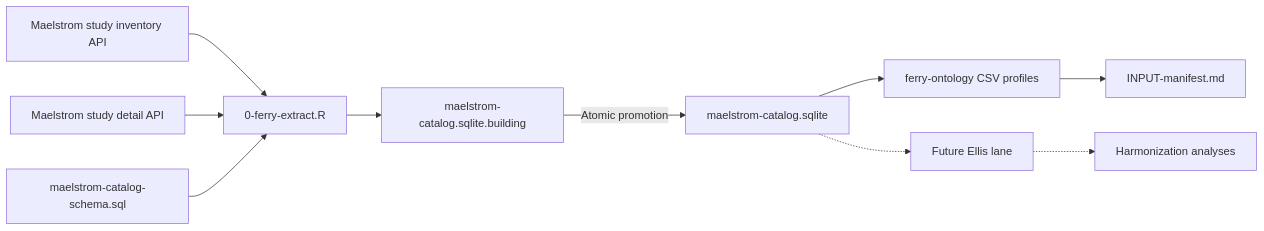
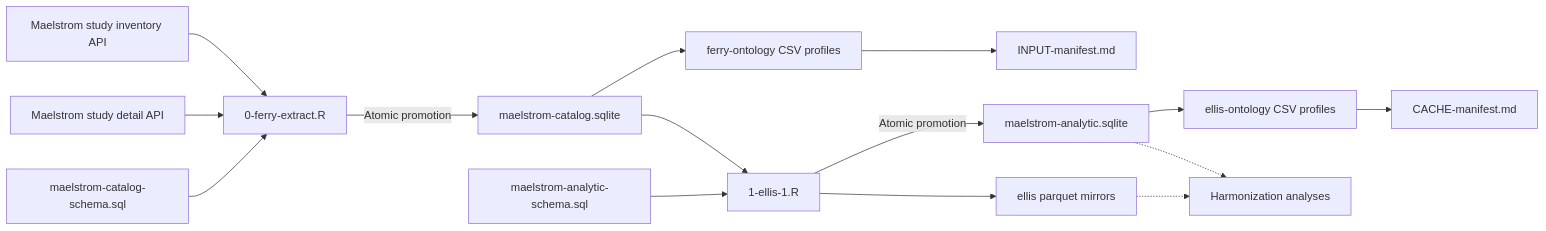
The diagram in manipulation/pipeline.md (RG-FIDES/maelstrom), drawn with Mermaid before and after one commit. The commit also changed other lines of this file and 12 other files, not shown here.

````diff
--- a/manipulation/pipeline.md
+++ b/manipulation/pipeline.md
@@ -12,23 +14,32 @@
 ```mermaid
 flowchart LR
     inventory[Maelstrom study inventory API]
     details[Maelstrom study detail API]
     ferry[0-ferry-extract.R]
-    schema[maelstrom-catalog-schema.sql]
-    build[maelstrom-catalog.sqlite.building]
+    ferrySchema[maelstrom-catalog-schema.sql]
     cache[maelstrom-catalog.sqlite]
-    ontology[ferry-ontology CSV profiles]
-    manifest[INPUT-manifest.md]
-    ellis[Future Ellis lane]
+    ferryOntology[ferry-ontology CSV profiles]
+    inputManifest[INPUT-manifest.md]
+    ellis[1-ellis-1.R]
+    ellisSchema[maelstrom-analytic-schema.sql]
+    analytic[maelstrom-analytic.sqlite]
+    parquet[ellis parquet mirrors]
+    ellisOntology[ellis-ontology CSV profiles]
+    cacheManifest[CACHE-manifest.md]
     analysis[Harmonization analyses]
 
     inventory --> ferry
     details --> ferry
-    schema --> ferry
-    ferry --> build
-    build -->|Atomic promotion| cache
-    cache --> ontology
-    ontology --> manifest
-    cache -.-> ellis
-    ellis -.-> analysis
+    ferrySchema --> ferry
+    ferry -->|Atomic promotion| cache
+    cache --> ferryOntology
+    ferryOntology --> inputManifest
+    cache --> ellis
+    ellisSchema --> ellis
+    ellis -->|Atomic promotion| analytic
+    ellis --> parquet
+    analytic --> ellisOntology
+    ellisOntology --> cacheManifest
+    parquet -.-> analysis
+    analytic -.-> analysis
 ```
````
